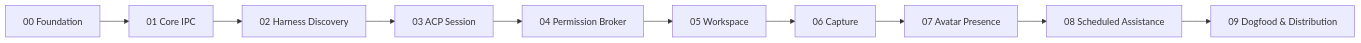
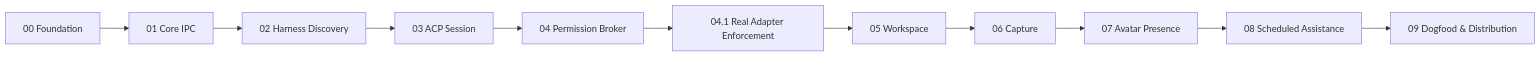
One commit to zeroLR/vela changed the diagram in plan/README.md. Above: the diagram before and after it, drawn with Mermaid. The commit also changed other lines of this file and 7 other files, not shown here.

````diff
--- a/plan/README.md
+++ b/plan/README.md
@@ -35,15 +36,16 @@
 ```mermaid
 flowchart LR
     P00[00 Foundation]
     P01[01 Core IPC]
     P02[02 Harness Discovery]
     P03[03 ACP Session]
     P04[04 Permission Broker]
+    P041[04.1 Real Adapter Enforcement]
     P05[05 Workspace]
     P06[06 Capture]
     P07[07 Avatar Presence]
     P08[08 Scheduled Assistance]
     P09[09 Dogfood & Distribution]
 
-    P00 --> P01 --> P02 --> P03 --> P04 --> P05 --> P06 --> P07 --> P08 --> P09
+    P00 --> P01 --> P02 --> P03 --> P04 --> P041 --> P05 --> P06 --> P07 --> P08 --> P09
 ```
````
